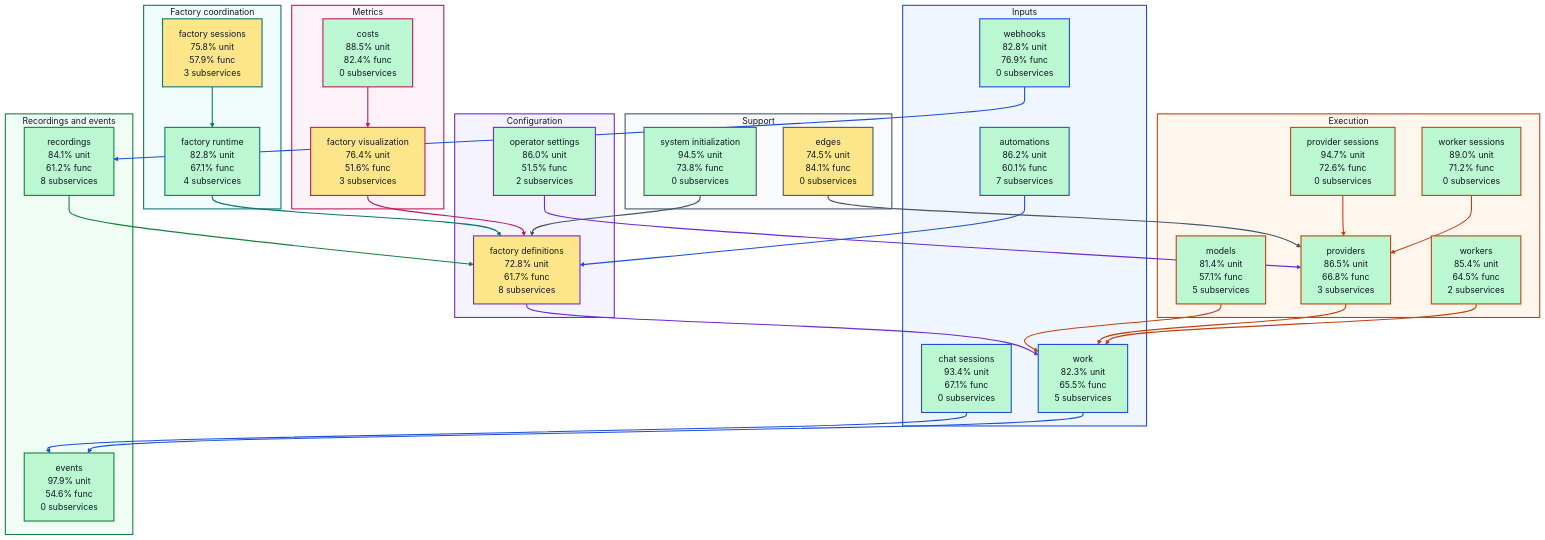
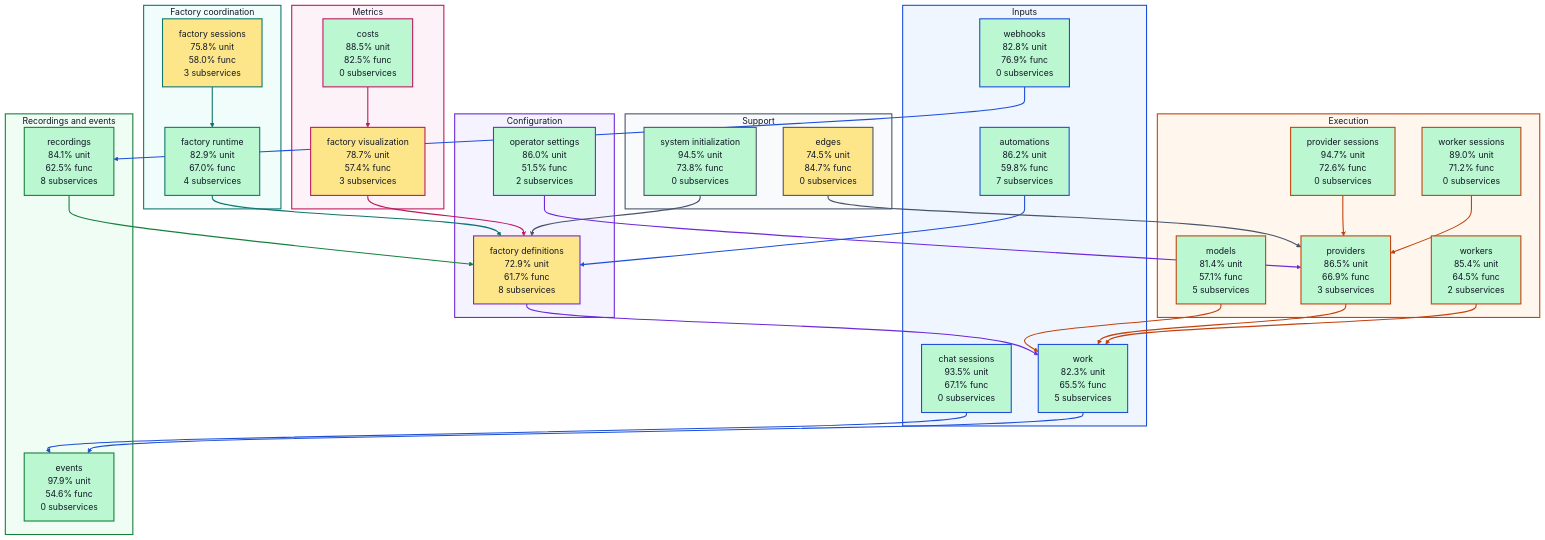
The diagram in docs/architecture/visualizations/high-level-test-coverage.md (portpowered/you-agent-factory), drawn with Mermaid before and after one commit. The commit also changed other lines of this file and 20 other files, not shown here.

Commit message:
docs: refresh backend architecture visualizations

````diff
--- a/docs/architecture/visualizations/high-level-test-coverage.md
+++ b/docs/architecture/visualizations/high-level-test-coverage.md
@@ -11,36 +11,36 @@
 ```mermaid
 flowchart TB
   subgraph input["Inputs"]
-    s_services_automations["automations<br/>86.2% unit<br/>60.1% func<br/>7 subservices"]
-    s_services_chat_sessions["chat sessions<br/>93.4% unit<br/>67.1% func<br/>0 subservices"]
+    s_services_automations["automations<br/>86.2% unit<br/>59.8% func<br/>7 subservices"]
+    s_services_chat_sessions["chat sessions<br/>93.5% unit<br/>67.1% func<br/>0 subservices"]
     s_services_webhooks["webhooks<br/>82.8% unit<br/>76.9% func<br/>0 subservices"]
     s_services_work["work<br/>82.3% unit<br/>65.5% func<br/>5 subservices"]
   end
   subgraph configuration["Configuration"]
-    s_services_factory_definitions["factory definitions<br/>72.8% unit<br/>61.7% func<br/>8 subservices"]
+    s_services_factory_definitions["factory definitions<br/>72.9% unit<br/>61.7% func<br/>8 subservices"]
     s_services_operator_settings["operator settings<br/>86.0% unit<br/>51.5% func<br/>2 subservices"]
   end
   subgraph coordination["Factory coordination"]
-    s_services_factory_runtime["factory runtime<br/>82.8% unit<br/>67.1% func<br/>4 subservices"]
-    s_services_factory_sessions["factory sessions<br/>75.8% unit<br/>57.9% func<br/>3 subservices"]
+    s_services_factory_runtime["factory runtime<br/>82.9% unit<br/>67.0% func<br/>4 subservices"]
+    s_services_factory_sessions["factory sessions<br/>75.8% unit<br/>58.0% func<br/>3 subservices"]
   end
   subgraph execution["Execution"]
     s_services_models["models<br/>81.4% unit<br/>57.1% func<br/>5 subservices"]
     s_services_provider_sessions["provider sessions<br/>94.7% unit<br/>72.6% func<br/>0 subservices"]
-    s_services_providers["providers<br/>86.5% unit<br/>66.8% func<br/>3 subservices"]
+    s_services_providers["providers<br/>86.5% unit<br/>66.9% func<br/>3 subservices"]
     s_services_worker_sessions["worker sessions<br/>89.0% unit<br/>71.2% func<br/>0 subservices"]
     s_services_workers["workers<br/>85.4% unit<br/>64.5% func<br/>2 subservices"]
   end
   subgraph recordings["Recordings and events"]
     s_services_events["events<br/>97.9% unit<br/>54.6% func<br/>0 subservices"]
-    s_services_recordings["recordings<br/>84.1% unit<br/>61.2% func<br/>8 subservices"]
+    s_services_recordings["recordings<br/>84.1% unit<br/>62.5% func<br/>8 subservices"]
   end
   subgraph metrics["Metrics"]
-    s_services_costs["costs<br/>88.5% unit<br/>82.4% func<br/>0 subservices"]
-    s_services_factory_visualization["factory visualization<br/>76.4% unit<br/>51.6% func<br/>3 subservices"]
+    s_services_costs["costs<br/>88.5% unit<br/>82.5% func<br/>0 subservices"]
+    s_services_factory_visualization["factory visualization<br/>78.7% unit<br/>57.4% func<br/>3 subservices"]
   end
   subgraph support["Support"]
-    s_services_edges["edges<br/>74.5% unit<br/>84.1% func<br/>0 subservices"]
+    s_services_edges["edges<br/>74.5% unit<br/>84.7% func<br/>0 subservices"]
     s_services_system_initialization["system initialization<br/>94.5% unit<br/>73.8% func<br/>0 subservices"]
   end
   s_services_automations --> s_services_factory_definitions
````
